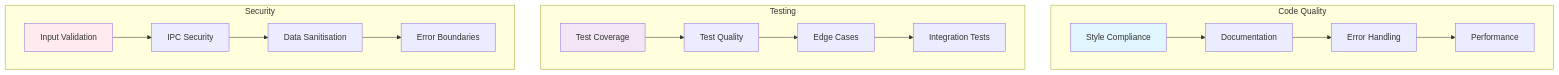
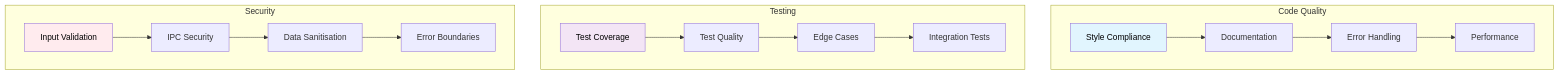
Before and after one commit to Interlaken0/temperature-plotter: the eighth of 9 diagrams in docs/CONTRIBUTING.md, drawn with Mermaid. The commit also changed other lines of this file and 8 other files, not shown here.

First line of the commit message:
Standardise Mermaid diagram text colour to black across all documentation

````diff
--- a/docs/CONTRIBUTING.md
+++ b/docs/CONTRIBUTING.md
@@ -583,24 +583,24 @@
 ```mermaid
 graph TB
     subgraph "Code Quality"
         A[Style Compliance] --> B[Documentation]
         B --> C[Error Handling]
         C --> D[Performance]
     end
     
     subgraph "Testing"
         E[Test Coverage] --> F[Test Quality]
         F --> G[Edge Cases]
         G --> H[Integration Tests]
     end
     
     subgraph "Security"
         I[Input Validation] --> J[IPC Security]
         J --> K[Data Sanitisation]
         K --> L[Error Boundaries]
     end
     
-    style A fill:#e1f5fe
-    style E fill:#f3e5f5
-    style I fill:#ffebee
+    style A fill:#e1f5fe,color:#000000
+    style E fill:#f3e5f5,color:#000000
+    style I fill:#ffebee,color:#000000
 ```
````
